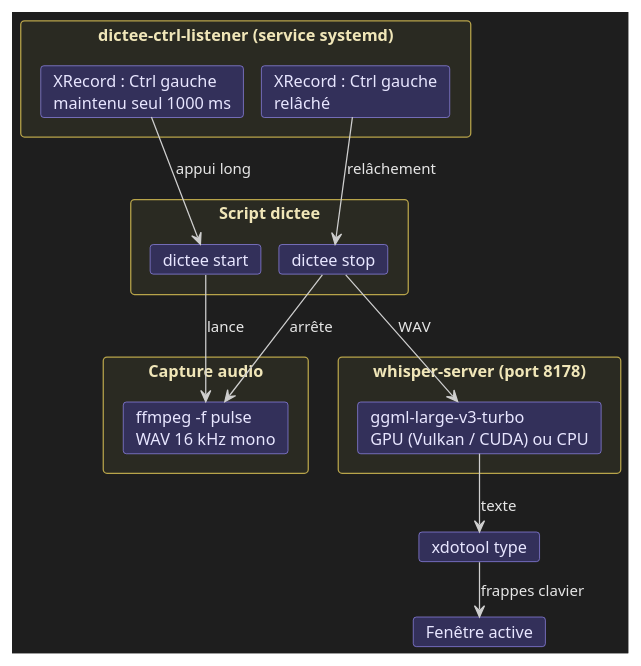
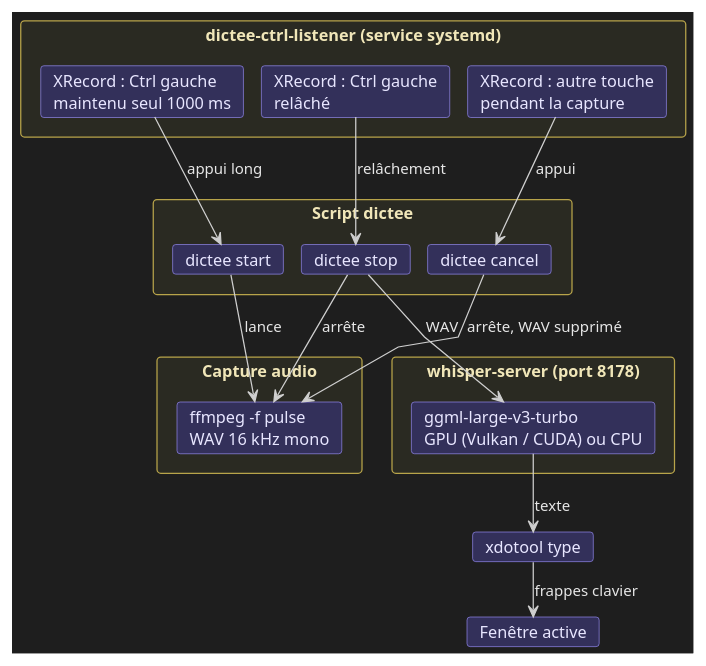
One commit to AlexandreBrach/dictee changed the diagram in flux-dictee.puml. Above: the diagram before and after it, drawn with PlantUML. The commit also changed 4 other files, not shown here.

Commit message:
fix: annule la saisie si on appuie sur une autre touche que CTRL avant relâchement

```diff
--- a/flux-dictee.puml
+++ b/flux-dictee.puml
@@ -1,55 +1,59 @@
 @startuml flux-dictee
 skinparam backgroundColor #1e1e1e
 skinparam defaultFontName sans-serif
 skinparam defaultFontSize 13
 skinparam defaultFontColor #e6e6e6
 skinparam shadowing false
 skinparam rectangle {
   BorderColor #b8a44a
   BackgroundColor #2a2a22
   FontColor #f0e6b8
   RoundCorner 6
 }
 skinparam card {
   BorderColor #9d93ff
   BackgroundColor #33305a
   FontColor #e8e6ff
 }
 skinparam ArrowColor #cfcfcf
 skinparam ArrowFontColor #e6e6e6
 skinparam ArrowFontSize 12
 top to bottom direction
 skinparam linetype polyline
 skinparam nodesep 14
 skinparam ranksep 26
 hide stereotype
 
 rectangle "dictee-ctrl-listener (service systemd)" as listener {
   card "XRecord : Ctrl gauche\nmaintenu seul 1000 ms" as key
   card "XRecord : Ctrl gauche\nrelâché" as release
+  card "XRecord : autre touche\npendant la capture" as other
 }
 
 rectangle "Script dictee" as script {
   card "dictee start" as start
   card "dictee stop" as stop
+  card "dictee cancel" as cancel
 }
 
 rectangle "Capture audio" as audio {
   card "ffmpeg -f pulse\nWAV 16 kHz mono" as ffmpeg
 }
 
 rectangle "whisper-server (port 8178)" as server {
   card "ggml-large-v3-turbo\nGPU (Vulkan / CUDA) ou CPU" as model
 }
 
 card "xdotool type" as xdo
 card "Fenêtre active" as win
 
 key --> start : appui long
 release --> stop : relâchement
+other --> cancel : appui
 start --> ffmpeg : lance
 stop --> ffmpeg : arrête
+cancel --> ffmpeg : arrête, WAV supprimé
 stop --> model : WAV
 model --> xdo : texte
 xdo --> win : frappes clavier
 @enduml
```
